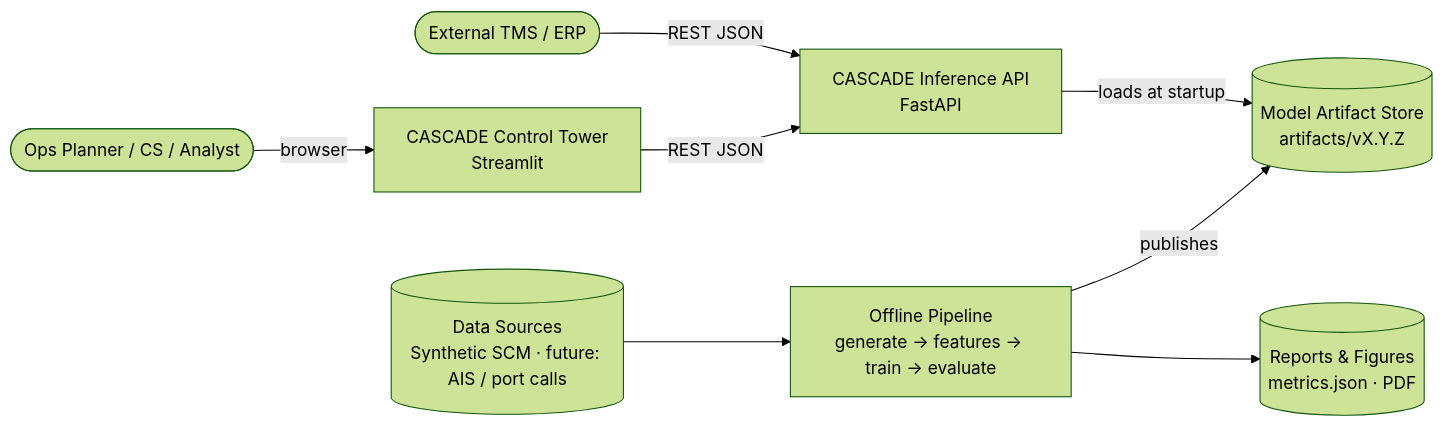
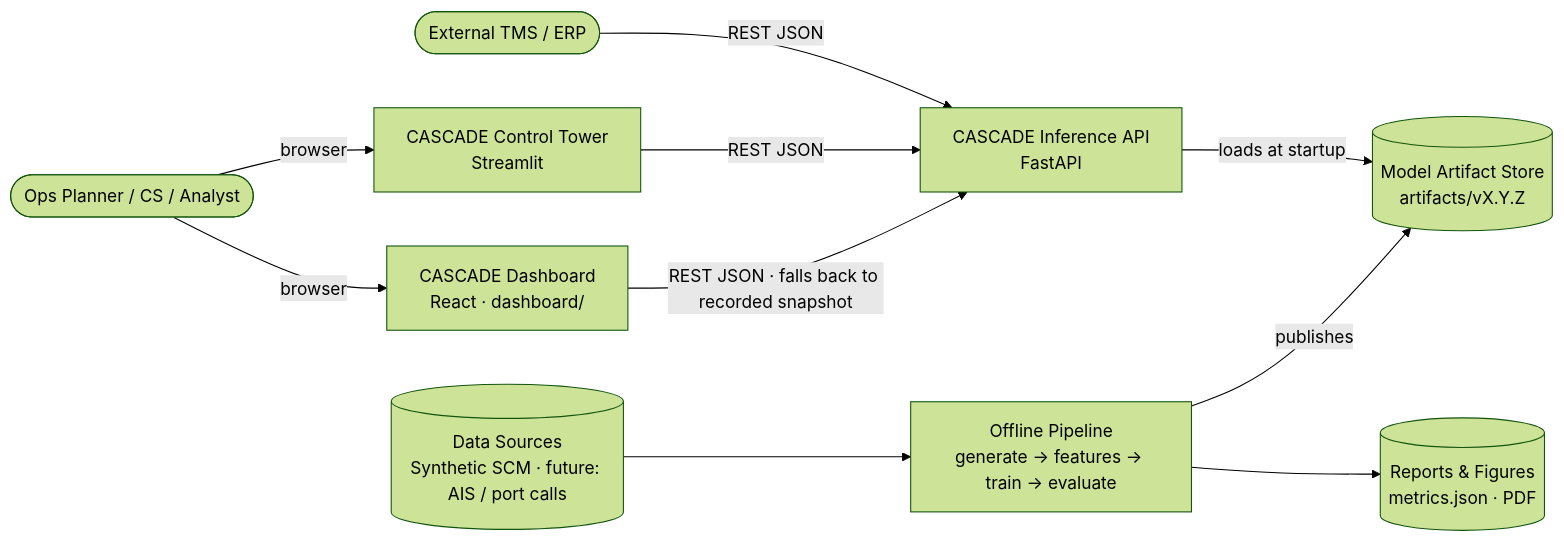
Before and after one commit to Purushotham-Prajapati-24/AIQON: the first of 7 diagrams in docs/Architecture.md, drawn with Mermaid (forest theme). The commit also changed other lines of this file and 12 other files, not shown here.

First line of the commit message:
Dashboard: add role-based entry screen; document the React dashboard

````diff
--- a/docs/Architecture.md
+++ b/docs/Architecture.md
@@ -27,10 +27,12 @@
 ```mermaid
 flowchart LR
     planner([Ops Planner / CS / Analyst]) -->|browser| UI[CASCADE Control Tower<br/>Streamlit]
+    planner -->|browser| WEB[CASCADE Dashboard<br/>React · dashboard/]
     tms([External TMS / ERP]) -->|REST JSON| API[CASCADE Inference API<br/>FastAPI]
     UI -->|REST JSON| API
+    WEB -->|REST JSON · falls back to recorded snapshot| API
     API -->|loads at startup| ART[(Model Artifact Store<br/>artifacts/vX.Y.Z)]
     TRAIN[Offline Pipeline<br/>generate → features → train → evaluate] -->|publishes| ART
     SRC[(Data Sources<br/>Synthetic SCM · future: AIS / port calls)] --> TRAIN
     TRAIN --> REP[(Reports & Figures<br/>metrics.json · PDF)]
 ```
````
